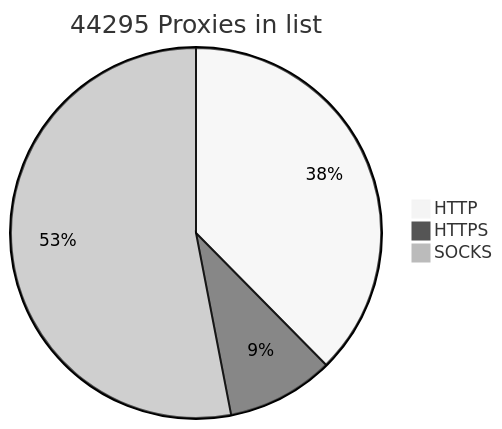
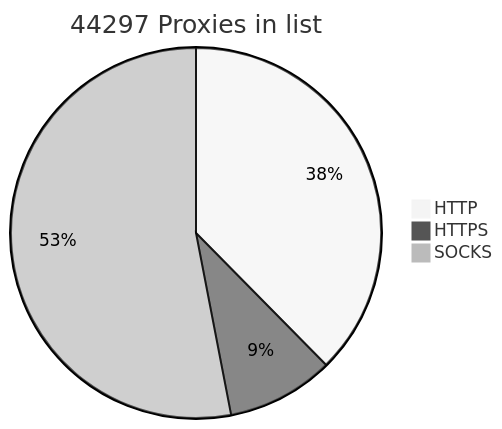
The diagram in README.md (BlackSnowDot/proxylist-update-every-minute), drawn with Mermaid (neutral theme) before and after one commit.

````diff
--- a/README.md
+++ b/README.md
@@ -2,6 +2,6 @@
 ```mermaid
-pie title 44295 Proxies in list
-    "HTTP" : 18138
-    "HTTPS": 4510
-    "SOCKS" : 25578
+pie title 44297 Proxies in list
+    "HTTP" : 18139
+    "HTTPS": 4511
+    "SOCKS" : 25579
 ```
````
